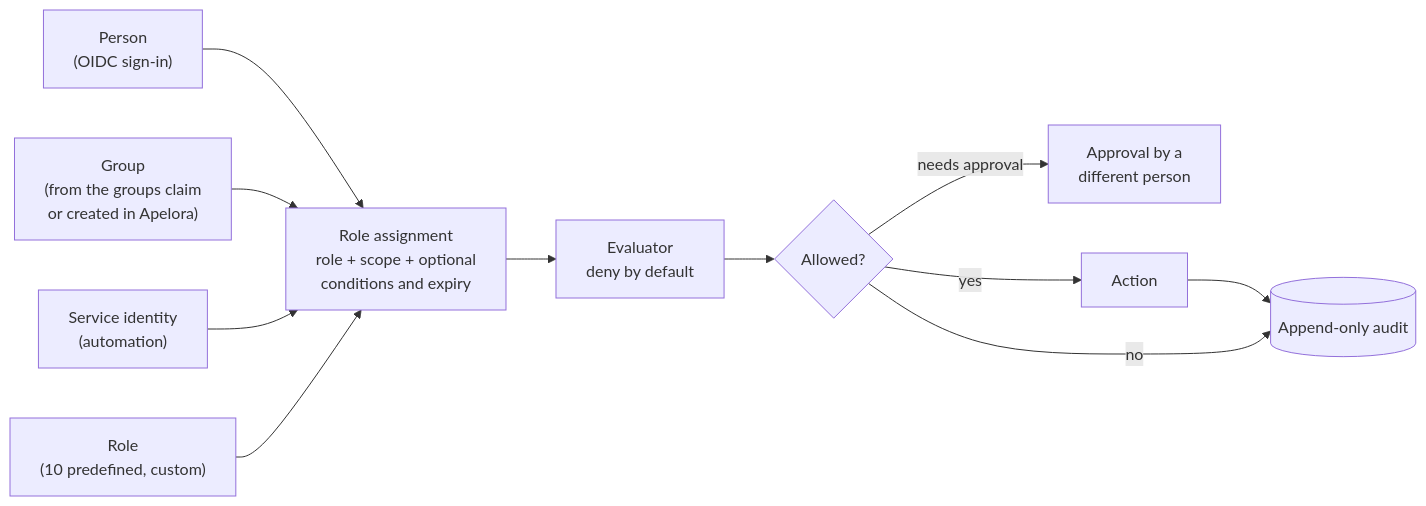
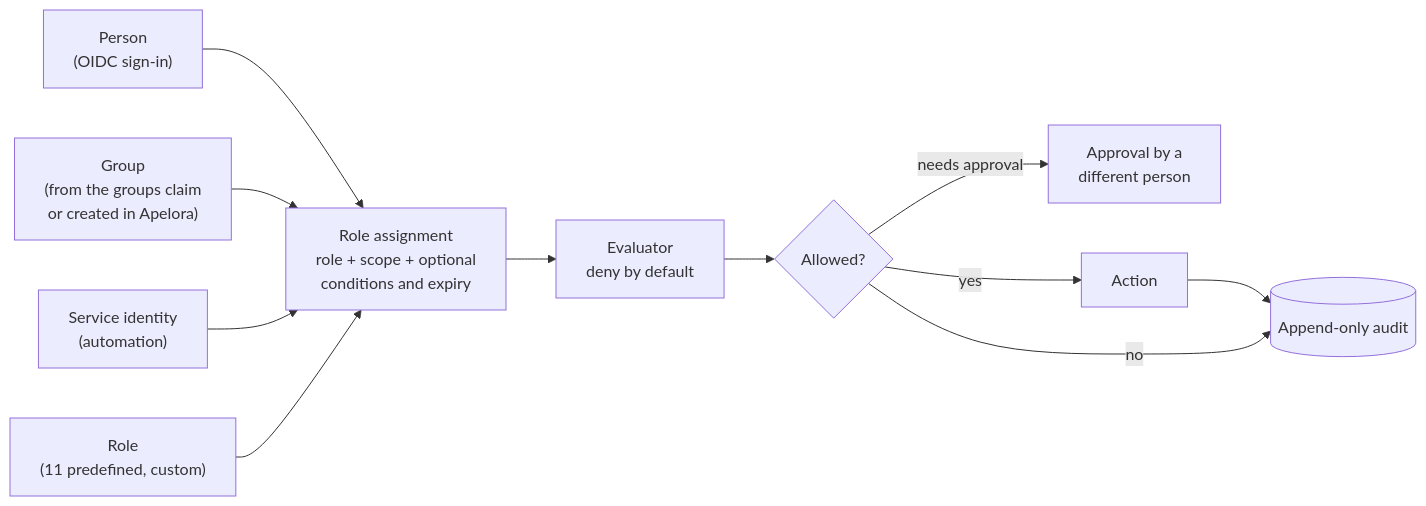
Before and after one commit to Apelora/apelora-fabric: the first of 2 diagrams in docs/architecture/IDENTITY-AND-AUTHORIZATION.md, drawn with Mermaid. The commit also changed 48 other files, not shown here.

````diff
--- a/docs/architecture/IDENTITY-AND-AUTHORIZATION.md
+++ b/docs/architecture/IDENTITY-AND-AUTHORIZATION.md
@@ -9,13 +9,13 @@
 ```mermaid
 flowchart LR
   P["Person<br/>(OIDC sign-in)"] --> A
   G["Group<br/>(from the groups claim<br/>or created in Apelora)"] --> A
   S["Service identity<br/>(automation)"] --> A
   A["Role assignment<br/>role + scope + optional<br/>conditions and expiry"] --> E["Evaluator<br/>deny by default"]
-  R["Role<br/>(10 predefined, custom)"] --> A
+  R["Role<br/>(11 predefined, custom)"] --> A
   E --> D{"Allowed?"}
   D -- "needs approval" --> AP["Approval by a<br/>different person"]
   D -- yes --> ACT["Action"]
   ACT --> AU[("Append-only audit")]
   D -- no --> AU
 ```
````
